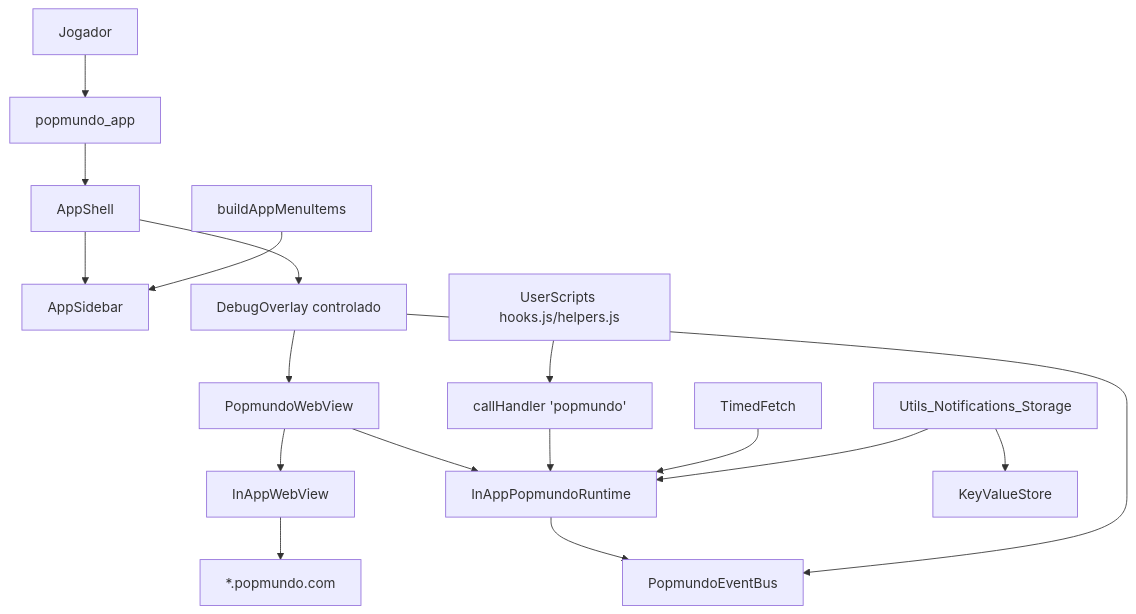
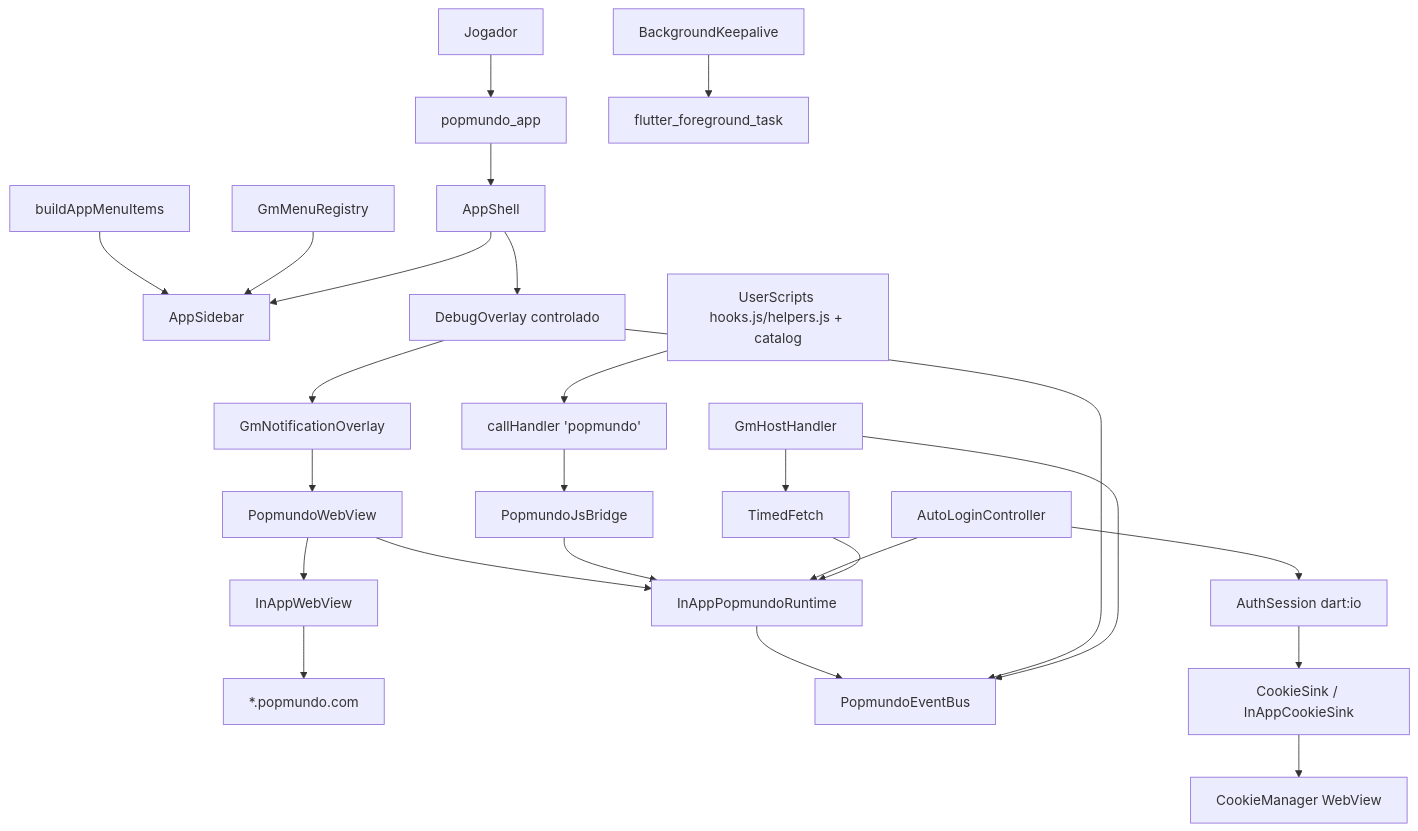
The diagram in docs/ARQUITETURA.md (wellbritto98/popflutter), drawn with Mermaid before and after one commit. The commit also changed other lines of this file and 23 other files, not shown here.

````diff
--- a/docs/ARQUITETURA.md
+++ b/docs/ARQUITETURA.md
@@ -28,19 +30,27 @@
 ```mermaid
 graph TD
   Player[Jogador] --> App[popmundo_app]
   App --> Shell[AppShell]
-  Shell --> Sidebar[AppSidebar]
-  Registry[buildAppMenuItems] --> Sidebar
+  Registry[buildAppMenuItems] --> Sidebar[AppSidebar]
+  GmReg[GmMenuRegistry] --> Sidebar
+  Shell --> Sidebar
   Shell --> Overlay[DebugOverlay controlado]
-  Overlay --> Widget[PopmundoWebView]
+  Overlay --> GmNotif[GmNotificationOverlay]
+  GmNotif --> Widget[PopmundoWebView]
   Widget --> WV[InAppWebView]
   WV --> Site["*.popmundo.com"]
   Widget --> Runtime[InAppPopmundoRuntime]
-  Hooks[UserScripts hooks.js/helpers.js] --> Handler["callHandler 'popmundo'"]
-  Handler --> Runtime
+  Hooks[UserScripts hooks.js/helpers.js + catalog] --> Handler["callHandler 'popmundo'"]
+  Handler --> Bridge[PopmundoJsBridge]
+  Bridge --> Runtime
   Runtime --> Bus[PopmundoEventBus]
   Overlay --> Bus
+  AutoLogin[AutoLoginController] --> Auth[AuthSession dart:io]
+  Auth --> CookieSink[CookieSink / InAppCookieSink]
+  CookieSink --> CookieMgr[CookieManager WebView]
+  AutoLogin --> Runtime
+  GmHost[GmHostHandler] --> Bus
+  GmHost --> TimedFetch
   TimedFetch --> Runtime
-  Utils_Notifications_Storage --> Runtime
-  Utils_Notifications_Storage --> Store[KeyValueStore]
+  Keepalive[BackgroundKeepalive] --> FGS[flutter_foreground_task]
 ```
````
